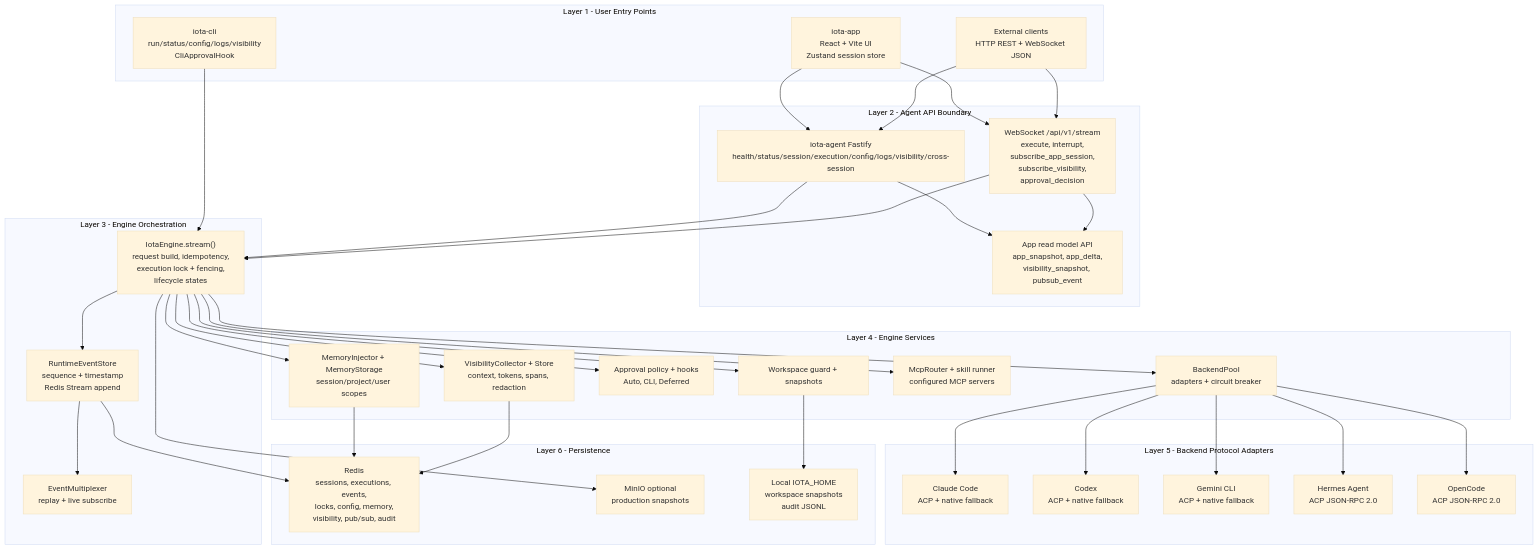
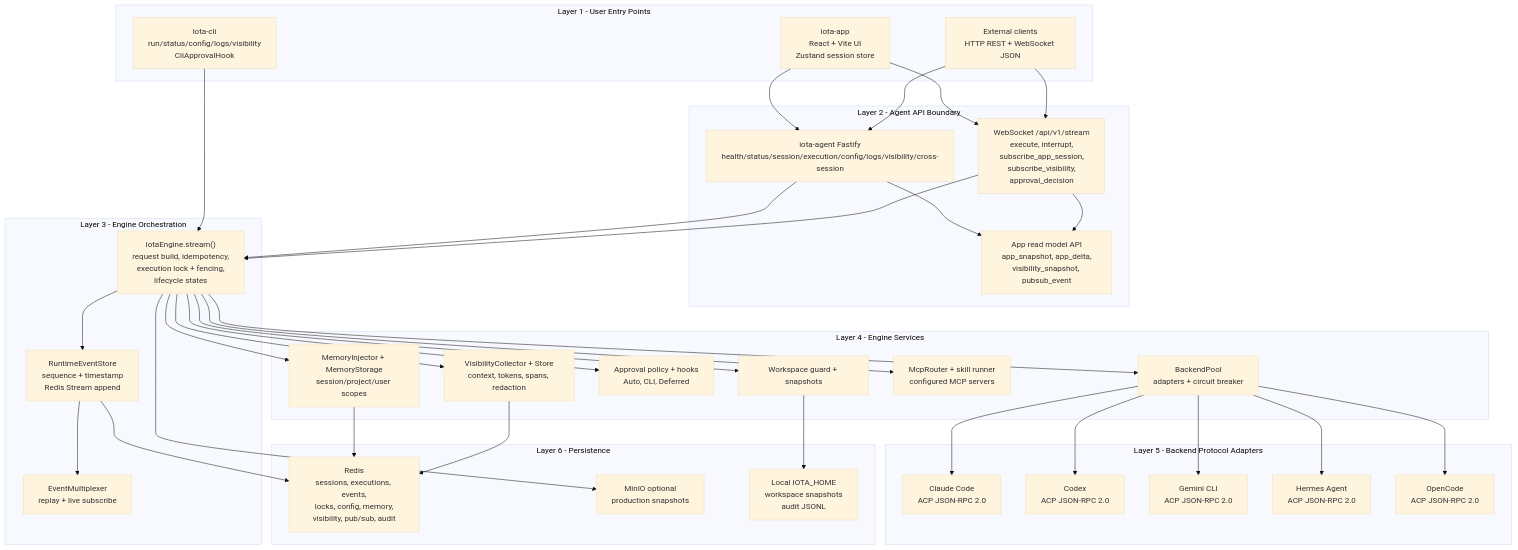
The first of 2 diagrams in docs/iota-guides/01-architecture.md (feuyeux/iota), drawn with Mermaid (base theme) before and after one commit. The commit also changed other lines of this file and 32 other files, not shown here.

First line of the commit message:
refactor: remove GeminiAdapter and related tests, transitioning to ACP-only backend protocol

````diff
--- a/docs/iota-guides/01-architecture.md
+++ b/docs/iota-guides/01-architecture.md
@@ -22,70 +22,70 @@
 ```mermaid
 flowchart TB
   subgraph L1["Layer 1 - User Entry Points"]
     App["iota-app<br/>React + Vite UI<br/>Zustand session store"]
     CLI["iota-cli<br/>run/status/config/logs/visibility<br/>CliApprovalHook"]
     Client["External clients<br/>HTTP REST + WebSocket JSON"]
   end
 
   subgraph L2["Layer 2 - Agent API Boundary"]
     Agent["iota-agent Fastify<br/>health/status/session/execution/config/logs/visibility/cross-session"]
     WS["WebSocket /api/v1/stream<br/>execute, interrupt,<br/>subscribe_app_session,<br/>subscribe_visibility,<br/>approval_decision"]
     AppModel["App read model API<br/>app_snapshot, app_delta,<br/>visibility_snapshot, pubsub_event"]
   end
 
   subgraph L3["Layer 3 - Engine Orchestration"]
     Engine["IotaEngine.stream()<br/>request build, idempotency,<br/>execution lock + fencing,<br/>lifecycle states"]
     EventStore["RuntimeEventStore<br/>sequence + timestamp<br/>Redis Stream append"]
     Mux["EventMultiplexer<br/>replay + live subscribe"]
   end
 
   subgraph L4["Layer 4 - Engine Services"]
     Resolver["BackendPool<br/>adapters + circuit breaker"]
     Memory["MemoryInjector + MemoryStorage<br/>session/project/user scopes"]
     Approval["Approval policy + hooks<br/>Auto, CLI, Deferred"]
     Visibility["VisibilityCollector + Store<br/>context, tokens, spans, redaction"]
     MCP["McpRouter + skill runner<br/>configured MCP servers"]
     Workspace["Workspace guard + snapshots"]
   end
 
   subgraph L5["Layer 5 - Backend Protocol Adapters"]
-    Claude["Claude Code<br/>ACP + native fallback"]
-    Codex["Codex<br/>ACP + native fallback"]
-    Gemini["Gemini CLI<br/>ACP + native fallback"]
+    Claude["Claude Code<br/>ACP JSON-RPC 2.0"]
+    Codex["Codex<br/>ACP JSON-RPC 2.0"]
+    Gemini["Gemini CLI<br/>ACP JSON-RPC 2.0"]
     Hermes["Hermes Agent<br/>ACP JSON-RPC 2.0"]
     OpenCode["OpenCode<br/>ACP JSON-RPC 2.0"]
   end
 
   subgraph L6["Layer 6 - Persistence"]
     Redis["Redis<br/>sessions, executions, events,<br/>locks, config, memory,<br/>visibility, pub/sub, audit"]
     MinIO["MinIO optional<br/>production snapshots"]
     Local["Local IOTA_HOME<br/>workspace snapshots<br/>audit JSONL"]
   end
 
   App --> Agent
   App --> WS
   Client --> Agent
   Client --> WS
   CLI --> Engine
   Agent --> Engine
   WS --> Engine
   Agent --> AppModel
   WS --> AppModel
   Engine --> EventStore --> Mux
   Engine --> Resolver
   Engine --> Memory
   Engine --> Approval
   Engine --> Visibility
   Engine --> MCP
   Engine --> Workspace
   Resolver --> Claude
   Resolver --> Codex
   Resolver --> Gemini
   Resolver --> Hermes
   Resolver --> OpenCode
   EventStore --> Redis
   Memory --> Redis
   Visibility --> Redis
   Workspace --> Local
   Engine --> MinIO
 ```
````
